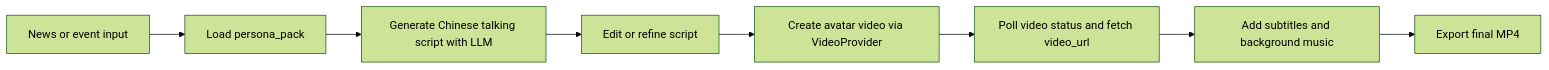
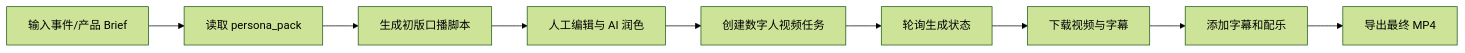
Before and after one commit to SydneySlu/avatar-ai-agent: the diagram in README.md, drawn with Mermaid (forest theme). The commit also changed other lines of this file, not shown here.

````diff
--- a/README.md
+++ b/README.md
@@ -19,10 +19,11 @@
 ```mermaid
 flowchart LR
-  A[News or event input] --> B[Load persona_pack]
-  B --> C[Generate Chinese talking script with LLM]
-  C --> D[Edit or refine script]
-  D --> E[Create avatar video via VideoProvider]
-  E --> F[Poll video status and fetch video_url]
-  F --> G[Add subtitles and background music]
-  G --> H[Export final MP4]
+    A[输入事件/产品 Brief] --> B[读取 persona_pack]
+    B --> C[生成初版口播脚本]
+    C --> D[人工编辑与 AI 润色]
+    D --> E[创建数字人视频任务]
+    E --> F[轮询生成状态]
+    F --> G[下载视频与字幕]
+    G --> H[添加字幕和配乐]
+    H --> I[导出最终 MP4]
 ```
````
